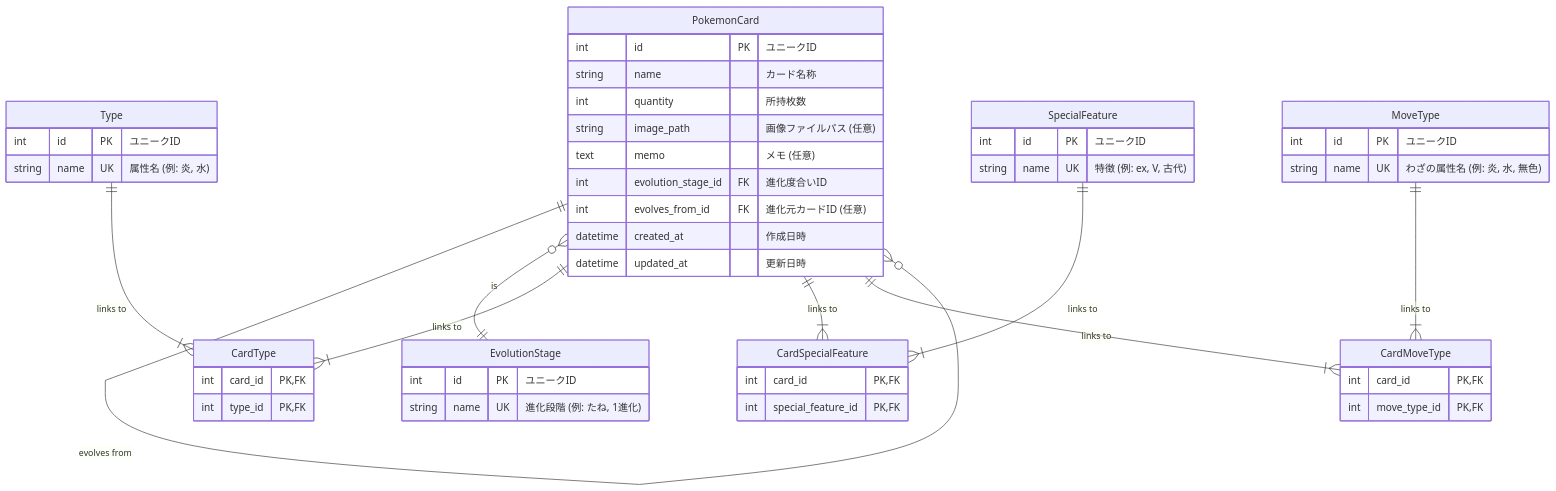
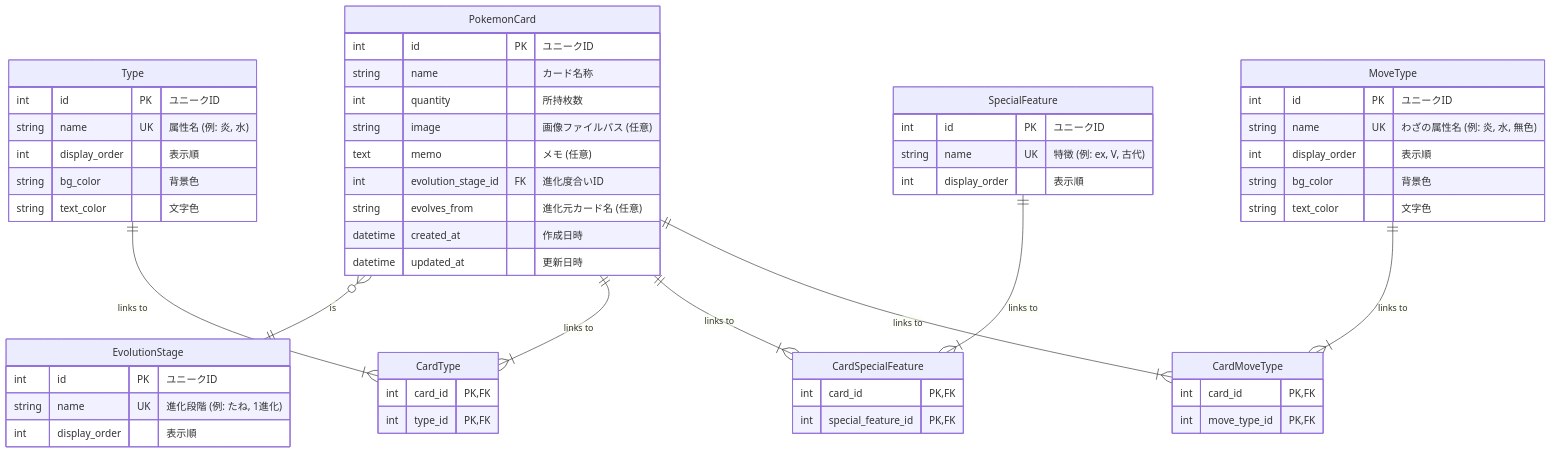
Before and after one commit to tabetaaaaaaa/ptcg-home-gym-manager: the diagram in docs/30_ER diagram.md, drawn with Mermaid. The commit also changed other lines of this file and 1 other file, not shown here.

Commit message:
ER図最新化

````diff
--- a/docs/30_ER diagram.md
+++ b/docs/30_ER diagram.md
@@ -24,62 +23,69 @@
 ```mermaid
 erDiagram
     PokemonCard {
         int id PK "ユニークID"
         string name "カード名称"
         int quantity "所持枚数"
-        string image_path "画像ファイルパス (任意)"
+        string image "画像ファイルパス (任意)"
         text memo "メモ (任意)"
         int evolution_stage_id FK "進化度合いID"
-        int evolves_from_id FK "進化元カードID (任意)"
+        string evolves_from "進化元カード名 (任意)"
         datetime created_at "作成日時"
         datetime updated_at "更新日時"
     }
 
     Type {
         int id PK "ユニークID"
         string name UK "属性名 (例: 炎, 水)"
+        int display_order "表示順"
+        string bg_color "背景色"
+        string text_color "文字色"
     }
 
     EvolutionStage {
         int id PK "ユニークID"
         string name UK "進化段階 (例: たね, 1進化)"
+        int display_order "表示順"
     }
 
     SpecialFeature {
         int id PK "ユニークID"
         string name UK "特徴 (例: ex, V, 古代)"
+        int display_order "表示順"
     }
 
     MoveType {
         int id PK "ユニークID"
         string name UK "わざの属性名 (例: 炎, 水, 無色)"
+        int display_order "表示順"
+        string bg_color "背景色"
+        string text_color "文字色"
     }
 
     CardType {
         int card_id PK, FK
         int type_id PK, FK
     }
 
     CardSpecialFeature {
         int card_id PK, FK
         int special_feature_id PK, FK
     }
 
     CardMoveType {
         int card_id PK, FK
         int move_type_id PK, FK
     }
 
-    PokemonCard ||--o{ PokemonCard : "evolves from"
     PokemonCard }o--|| EvolutionStage : "is"
 
     PokemonCard ||--|{ CardType : "links to"
     Type ||--|{ CardType : "links to"
 
     PokemonCard ||--|{ CardSpecialFeature : "links to"
     SpecialFeature ||--|{ CardSpecialFeature : "links to"
 
     PokemonCard ||--|{ CardMoveType : "links to"
     MoveType ||--|{ CardMoveType : "links to"
 
 ```
````
